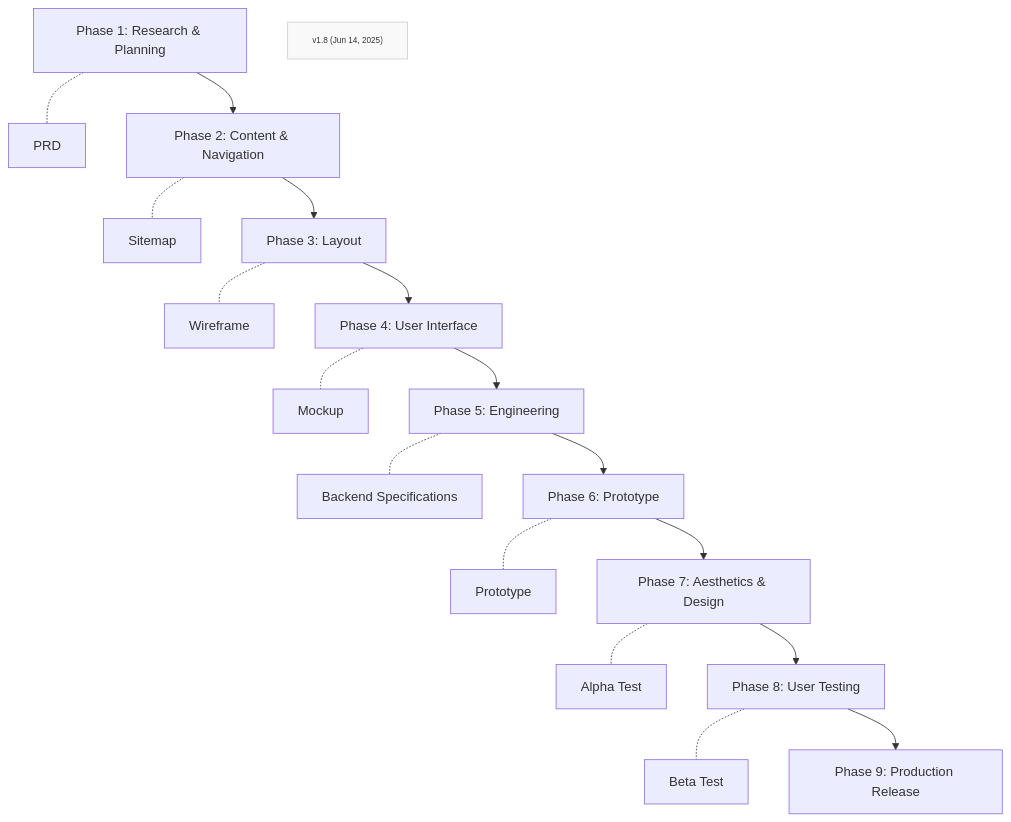
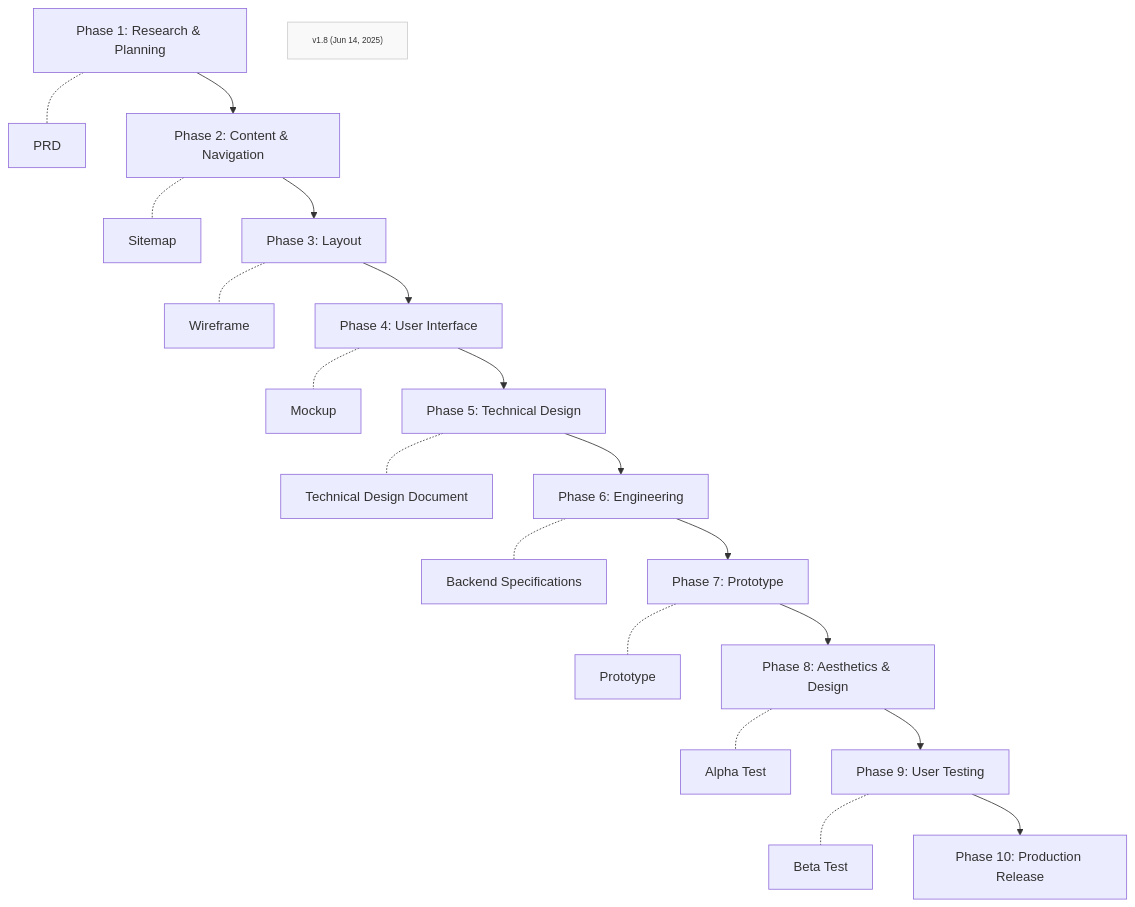
One commit to Mharbulous/Front-First-Method changed the first of 2 diagrams in Phases/FF-overview.md. Above: the diagram before and after it, drawn with Mermaid. The commit also changed other lines of this file and 4 other files, not shown here.

````diff
--- a/Phases/FF-overview.md
+++ b/Phases/FF-overview.md
@@ -1,23 +1,25 @@
 ```mermaid
 graph TD
     Phase1["Phase 1: Research & Planning"] -.- PRD["PRD"]
     Phase1 --> Phase2["Phase 2: Content & Navigation"]
     Phase2 -.- Sitemap["Sitemap"]
     Phase2 --> Phase3["Phase 3: Layout"]
     Phase3 -.- Wireframe["Wireframe"]
     Phase3 --> Phase4["Phase 4: User Interface"]
     Phase4 -.- Mockup["Mockup"]
-    Phase4 --> Phase5["Phase 5: Engineering"]
-    Phase5 -.- Specs["Backend Specifications"]
-    Phase5 --> Phase6["Phase 6: Prototype"]
-    Phase6 -.- Prototype["Prototype"]
-    Phase6 --> Phase7["Phase 7: Aesthetics & Design"]
-    Phase7 -.- Alpha["Alpha Test"]
-    Phase7 --> Phase8["Phase 8: User Testing"]
-    Phase8 -.- Beta["Beta Test"]
-    Phase8 --> Phase9["Phase 9: Production Release"]
+    Phase4 --> Phase5["Phase 5: Technical Design"]
+    Phase5 -.- TechDesign["Technical Design Document"]
+    Phase5 --> Phase6["Phase 6: Engineering"]
+    Phase6 -.- Specs["Backend Specifications"]
+    Phase6 --> Phase7["Phase 7: Prototype"]
+    Phase7 -.- Prototype["Prototype"]
+    Phase7 --> Phase8["Phase 8: Aesthetics & Design"]
+    Phase8 -.- Alpha["Alpha Test"]
+    Phase8 --> Phase9["Phase 9: User Testing"]
+    Phase9 -.- Beta["Beta Test"]
+    Phase9 --> Phase10["Phase 10: Production Release"]
 
     VersionInfo["v1.8 (Jun 14, 2025)"]
     classDef version fill:#f9f9f9,stroke:#ccc,font-size:10px;
     class VersionInfo version
 ```
````
